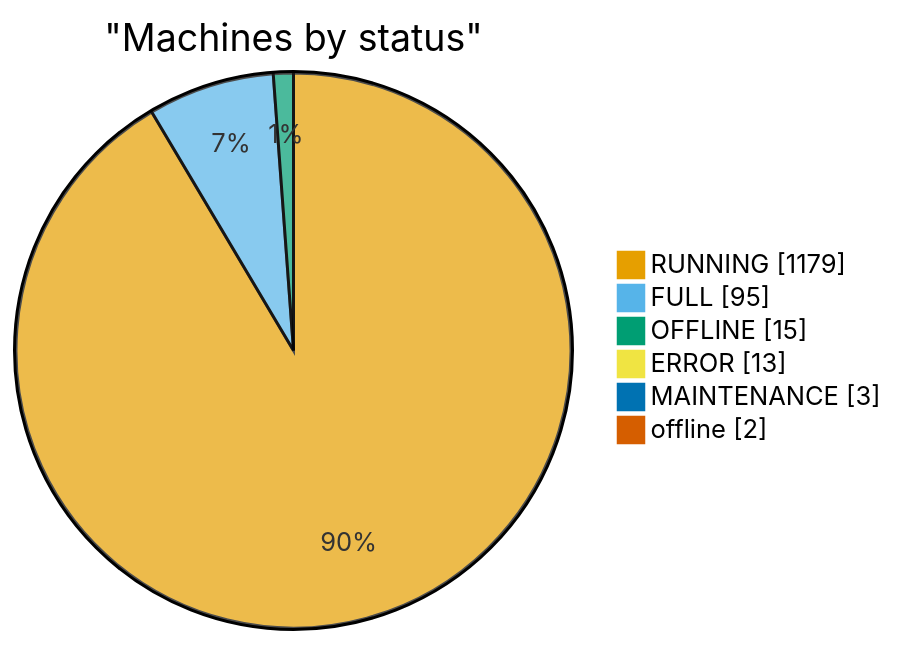
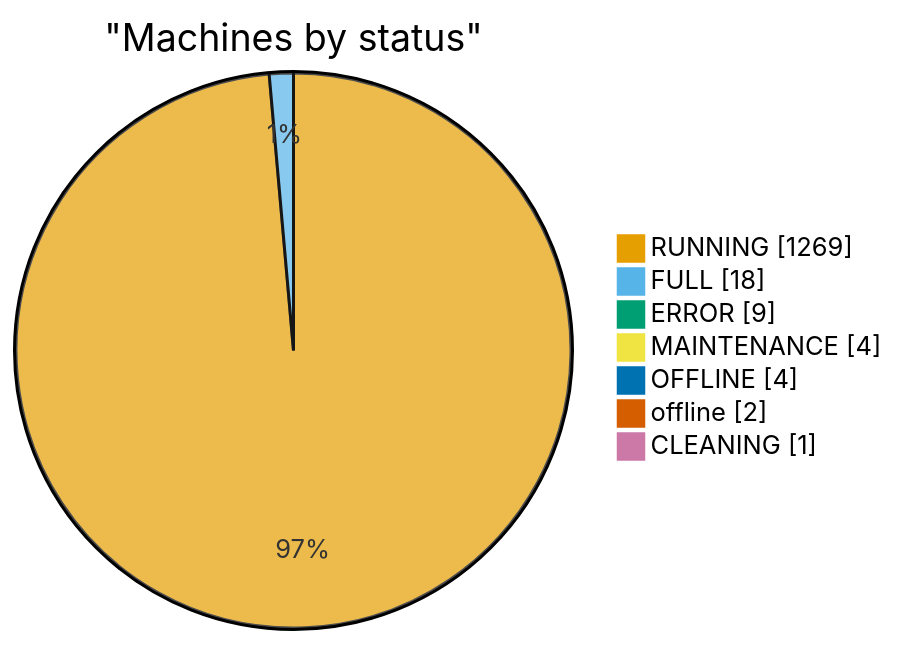
The first of 7 diagrams in ANALYSIS.md (cheeaun/returnright-data), drawn with Mermaid before and after one commit. The commit also changed other lines of this file and 3 other files, not shown here.

````diff
--- a/ANALYSIS.md
+++ b/ANALYSIS.md
@@ -16,22 +16,23 @@
 ```mermaid
 ---
 config:
   themeVariables:
     pie1: "#E69F00"
     pie2: "#56B4E9"
     pie3: "#009E73"
     pie4: "#F0E442"
     pie5: "#0072B2"
     pie6: "#D55E00"
     pie7: "#CC79A7"
     pie8: "#999999"
 ---
 pie showData
     title "Machines by status"
-    "RUNNING": 1179
-    "FULL": 95
-    "OFFLINE": 15
-    "ERROR": 13
-    "MAINTENANCE": 3
+    "RUNNING": 1269
+    "FULL": 18
+    "ERROR": 9
+    "MAINTENANCE": 4
+    "OFFLINE": 4
     "offline": 2
+    "CLEANING": 1
 ```
````
